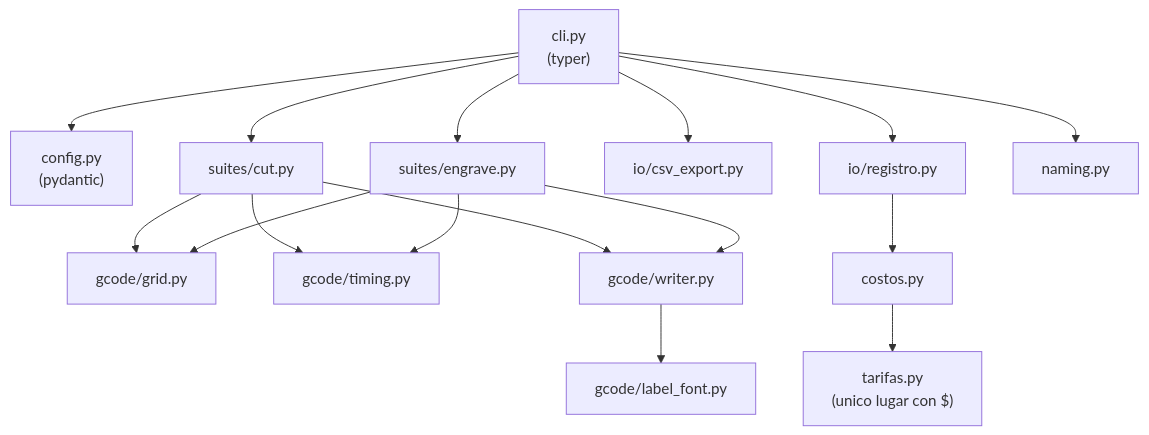
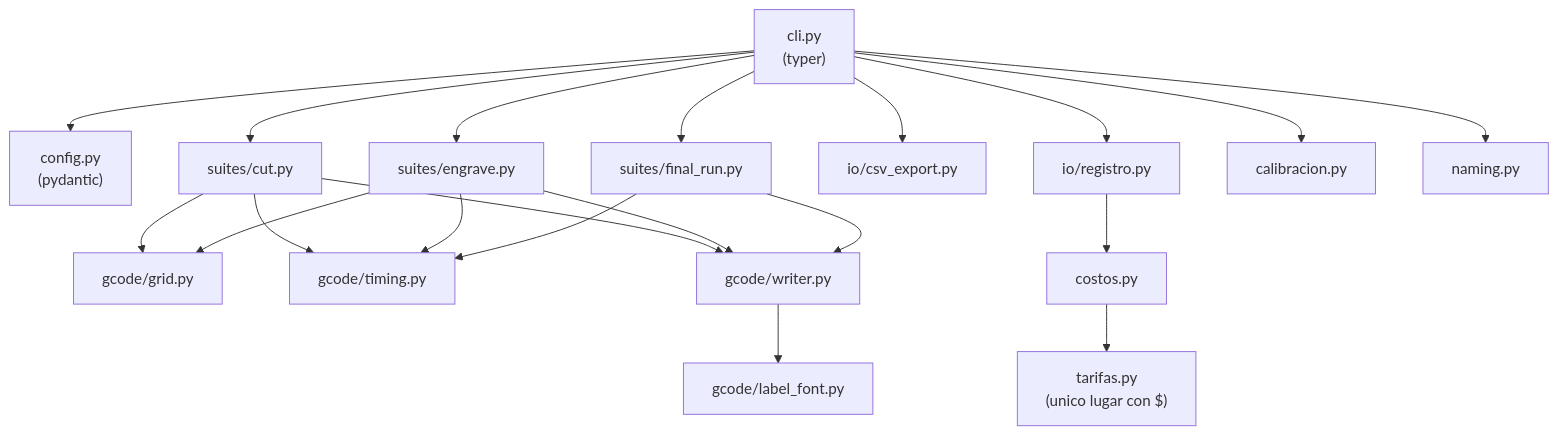
One commit to Deivs117/PruebasCorteGrabadoLaser changed the diagram in README.md. Above: the diagram before and after it, drawn with Mermaid. The commit also changed other lines of this file and 16 other files, not shown here.

````diff
--- a/README.md
+++ b/README.md
@@ -42,21 +43,25 @@
 ```mermaid
 flowchart TD
     CLI["cli.py<br/>(typer)"] --> CFG["config.py<br/>(pydantic)"]
     CLI --> SUITE_C["suites/cut.py"]
     CLI --> SUITE_G["suites/engrave.py"]
+    CLI --> SUITE_F["suites/final_run.py"]
     CLI --> CSV["io/csv_export.py"]
     CLI --> REG["io/registro.py"]
+    CLI --> CAL["calibracion.py"]
     CLI --> NAMING["naming.py"]
 
     SUITE_C --> GRID["gcode/grid.py"]
     SUITE_C --> TIMING["gcode/timing.py"]
     SUITE_C --> WRITER["gcode/writer.py"]
     SUITE_G --> GRID
     SUITE_G --> TIMING
     SUITE_G --> WRITER
+    SUITE_F --> TIMING
+    SUITE_F --> WRITER
 
     WRITER --> FONT["gcode/label_font.py"]
 
     REG --> COSTOS["costos.py"]
     COSTOS --> TARIFAS["tarifas.py<br/>(unico lugar con $)"]
 ```
````
